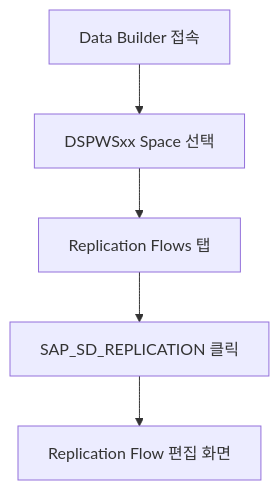
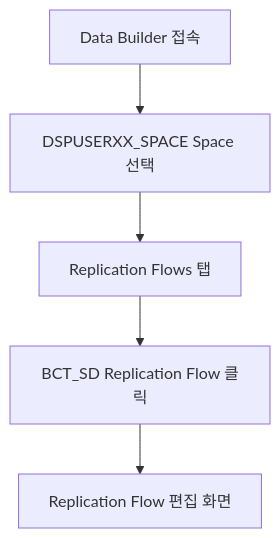
The second of 6 diagrams in labs/lab2-replication-flow.md (youngseols925/sap-datasphere-bdc-workshop), drawn with Mermaid before and after one commit. The commit also changed other lines of this file and 5 other files, not shown here.

````diff
--- a/labs/lab2-replication-flow.md
+++ b/labs/lab2-replication-flow.md
@@ -47,7 +47,7 @@
 ```mermaid
 flowchart TD
-    A["Data Builder 접속"] --> B["DSPWSxx Space 선택"]
+    A["Data Builder 접속"] --> B["DSPUSERXX_SPACE Space 선택"]
     B --> C["Replication Flows 탭"]
-    C --> D["SAP_SD_REPLICATION 클릭"]
+    C --> D["BCT_SD Replication Flow 클릭"]
     D --> E["Replication Flow 편집 화면"]
 ```
````
